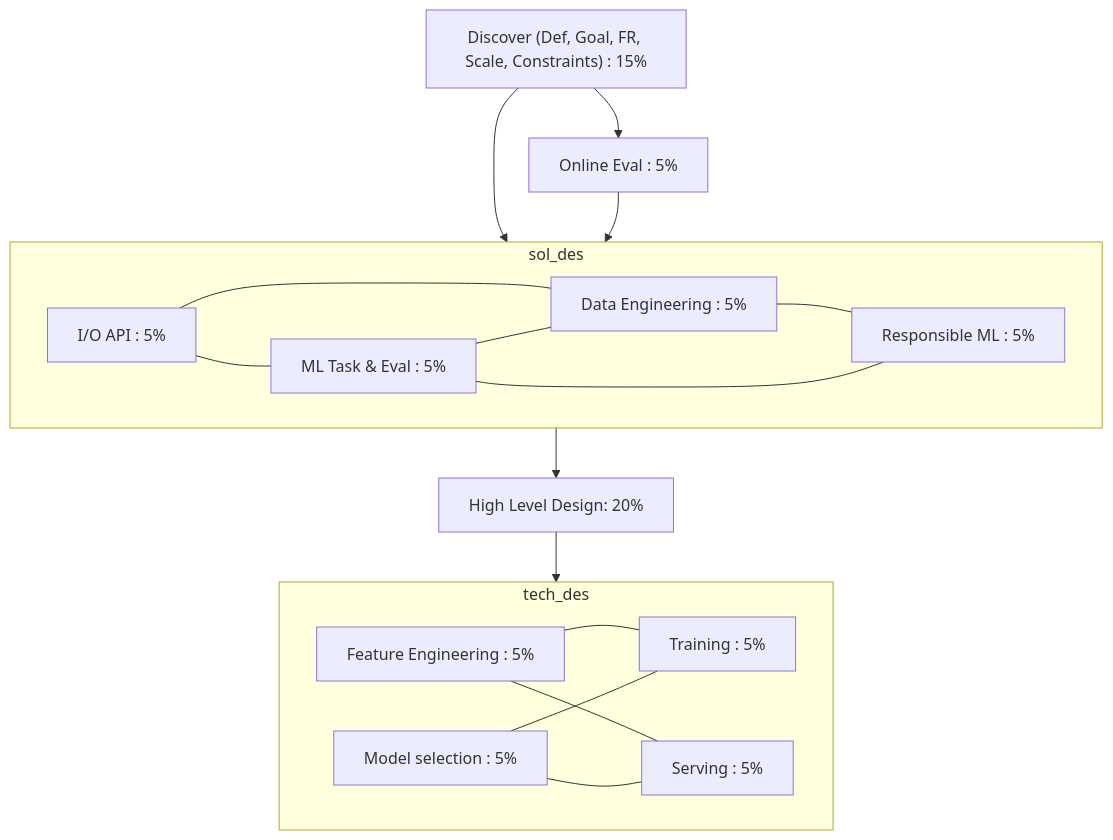
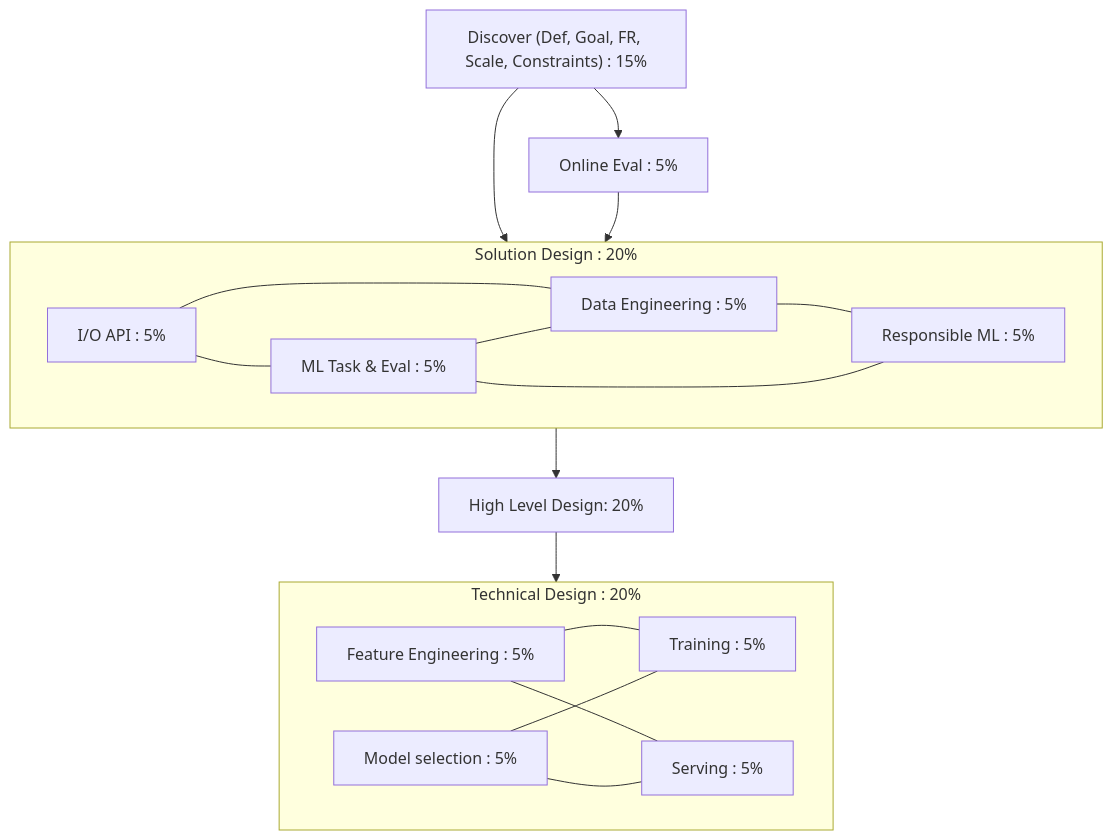
One commit to ptbdnr/ptbdnr changed the first of 7 diagrams in ml_sys_design.md. Above: the diagram before and after it, drawn with Mermaid. The commit also changed other lines of this file, not shown here.

Commit message:
fix img title

````diff
--- a/ml_sys_design.md
+++ b/ml_sys_design.md
@@ -24,20 +22,20 @@
 ```mermaid
 flowchart TD
     discover["Discover (Def, Goal, FR, Scale, Constraints) : 15%"] --> b_metrics & sol_des
     b_metrics[Online Eval : 5%] --> sol_des
-    sol_des[Solution Design : 20%] --> hld
-    hld[High Level Design: 20%] --> tech_des[Technical Design : 20%]
+    sol_des --> hld
+    hld[High Level Design: 20%] --> tech_des
 
-    subgraph sol_des
+    subgraph sol_des[Solution Design : 20%]
         api[I/O API : 5%] --- ml_task & data
         ml_task[ML Task & Eval : 5%] --- data
         data[Data Engineering : 5%] --- sec_by_des
         sec_by_des[Responsible ML : 5%] --- ml_task
     end
-    subgraph tech_des
+    subgraph tech_des[Technical Design : 20%]
         feat_eng[Feature Engineering : 5%] --- train & serve
         model[Model selection : 5%] --- train & serve
         train[Training : 5%]
         serve[Serving : 5%]
     end
 ```
````
